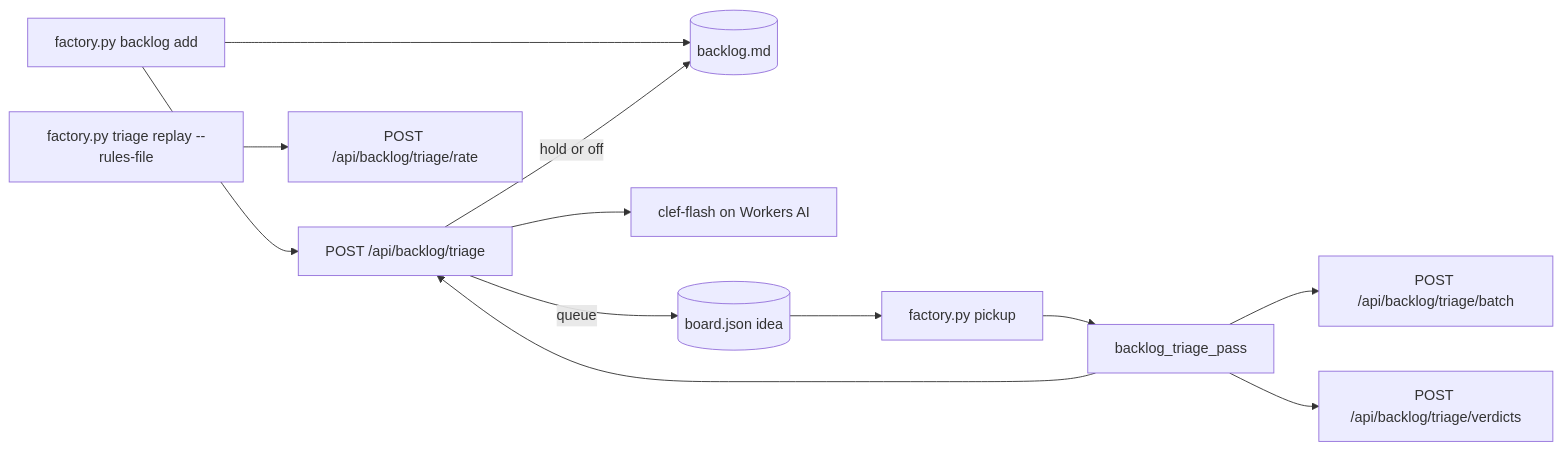
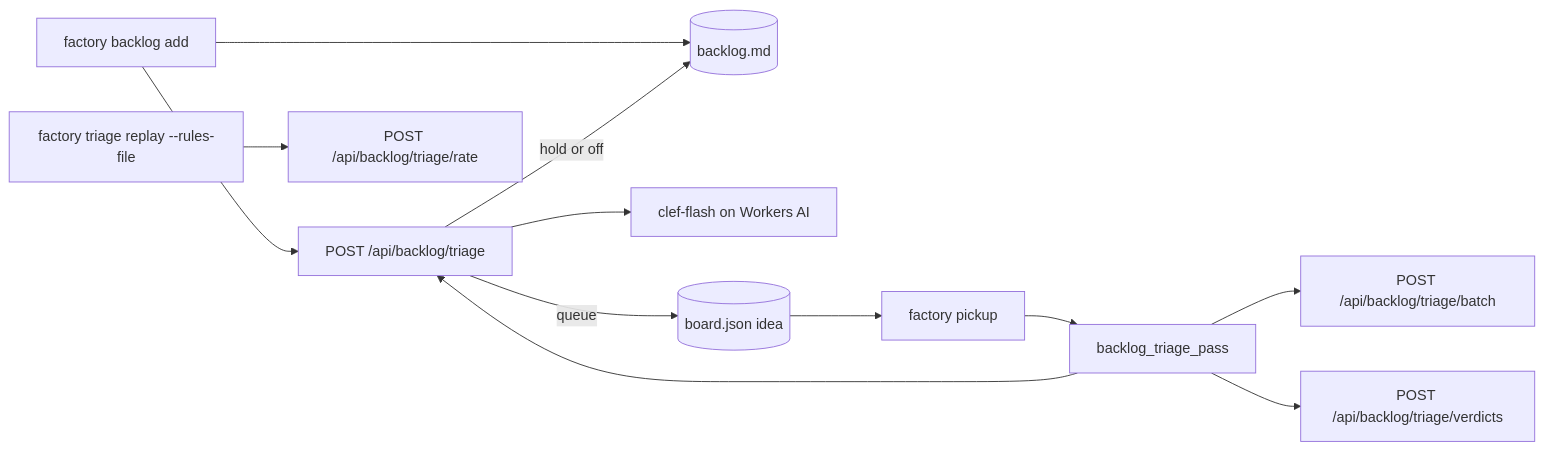
Before and after one commit to superhussain/factory: the fourth of 5 diagrams in docs/autonomy.md, drawn with Mermaid. The commit also changed other lines of this file and 16 other files, not shown here.

````diff
--- a/docs/autonomy.md
+++ b/docs/autonomy.md
@@ -444,14 +444,14 @@
 ```mermaid
 flowchart LR
-  A[factory.py backlog add] --> B[(backlog.md)]
+  A[factory backlog add] --> B[(backlog.md)]
   A --> W[POST /api/backlog/triage]
   W --> M[clef-flash on Workers AI]
   W -->|queue| I[(board.json idea)]
   W -->|hold or off| B
-  I --> P[factory.py pickup]
-  P[factory.py pickup] --> S[backlog_triage_pass]
+  I --> P[factory pickup]
+  P[factory pickup] --> S[backlog_triage_pass]
   S --> W
   S --> X[POST /api/backlog/triage/batch]
   S --> V[POST /api/backlog/triage/verdicts]
-  RP[factory.py triage replay --rules-file] --> RT[POST /api/backlog/triage/rate]
+  RP[factory triage replay --rules-file] --> RT[POST /api/backlog/triage/rate]
 ```
````
